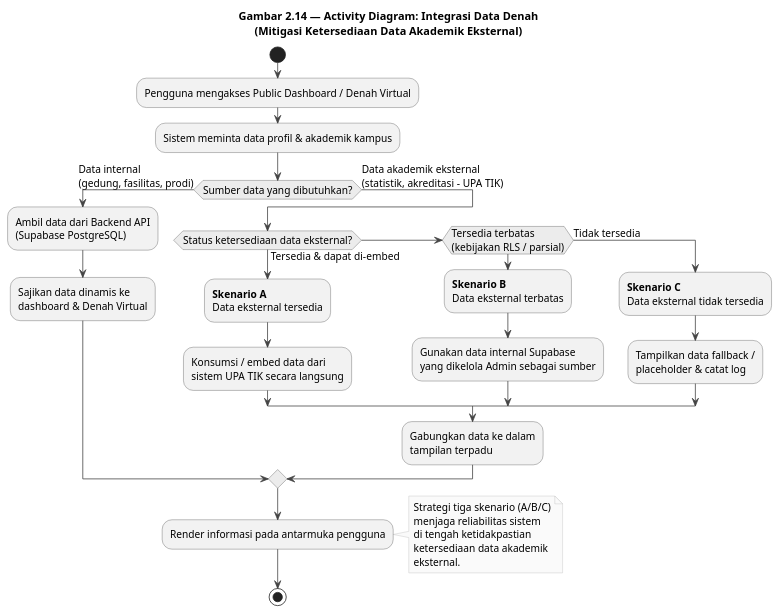
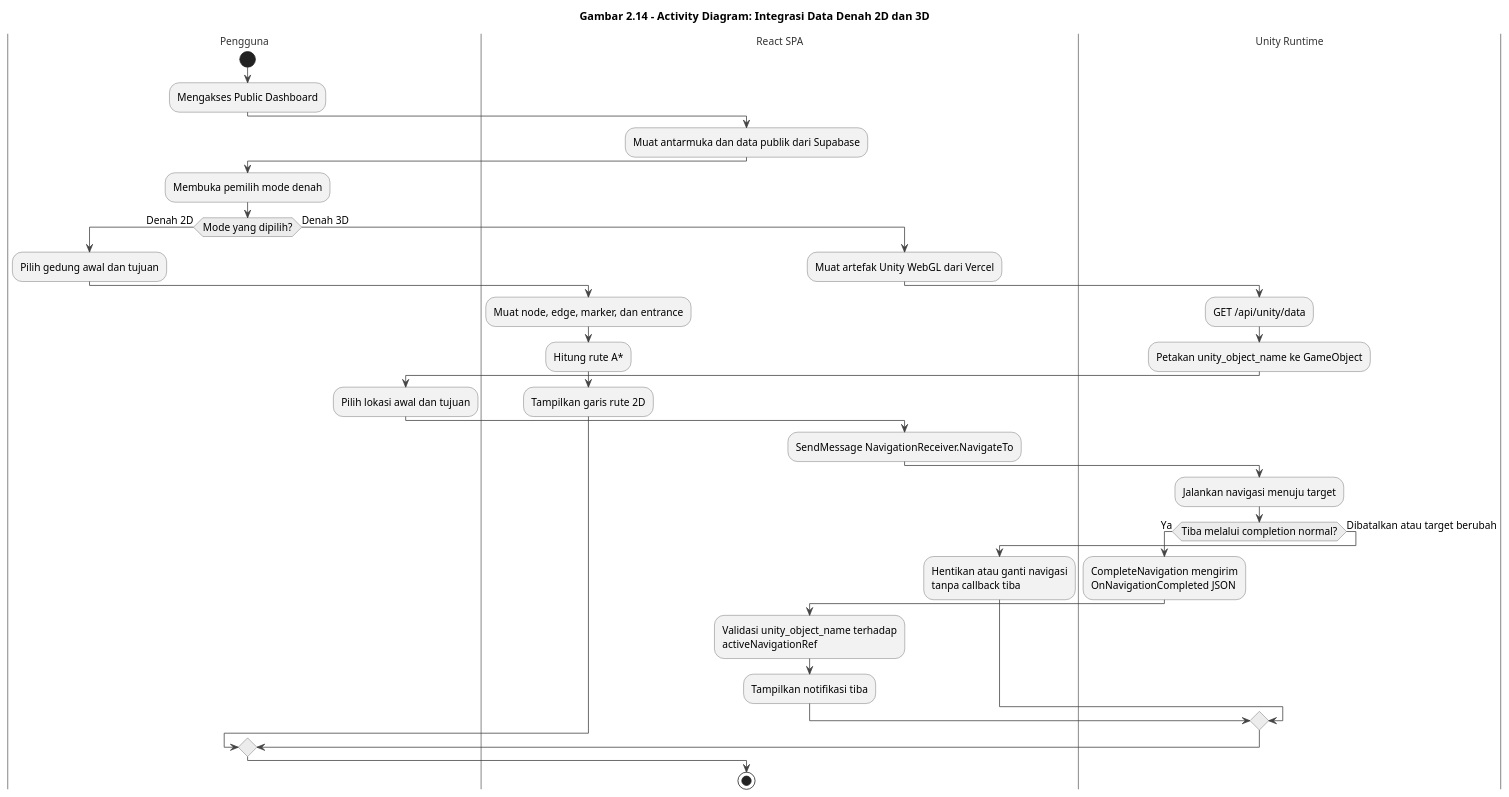
Before and after one commit to Jokskuyy/workflow-ta-proyek: the diagram in diagrams/gambar-2.14-activity-integrasi-data-denah.puml, drawn with PlantUML. The commit also changed 99 other files, not shown here.

```diff
--- a/diagrams/gambar-2.14-activity-integrasi-data-denah.puml
+++ b/diagrams/gambar-2.14-activity-integrasi-data-denah.puml
@@ -1,55 +1,59 @@
 @startuml gambar-2-14-activity-integrasi-data-denah
 ' Gambar 2.14 - Activity Diagram: Integrasi Data Denah
-' Logika mitigasi ketersediaan data akademik eksternal (Skenario A, B, C)
-' Sumber: BAB II - 2.1.3 & 2.3.3 Activity Diagram
-' CATATAN: Label cabang Skenario A/B/C disesuaikan dengan narasi laporan.
+' Alur aktual pemilihan Denah 2D/3D dan integrasi React-Unity
+' Sumber: BAB II - 2.2 & 2.3.3 Activity Diagram
 
 skinparam backgroundColor #FFFFFF
 skinparam shadowing false
 skinparam defaultFontName "Segoe UI"
 skinparam defaultFontSize 13
 skinparam ArrowColor #444444
 skinparam ActivityBorderColor #555555
 skinparam ActivityBackgroundColor #F2F2F2
 skinparam ActivityDiamondBackgroundColor #ECECEC
 skinparam ActivityDiamondBorderColor #555555
-skinparam NoteBackgroundColor #FAFAFA
-skinparam NoteBorderColor #BBBBBB
+skinparam SwimlaneTitleFontColor #333333
+skinparam SwimlaneBorderColor #999999
 
-title Gambar 2.14 — Activity Diagram: Integrasi Data Denah\n(Mitigasi Ketersediaan Data Akademik Eksternal)
+title Gambar 2.14 - Activity Diagram: Integrasi Data Denah 2D dan 3D
 
+|Pengguna|
 start
-:Pengguna mengakses Public Dashboard / Denah Virtual;
-:Sistem meminta data profil & akademik kampus;
+:Mengakses Public Dashboard;
 
-if (Sumber data yang dibutuhkan?) then (Data internal\n(gedung, fasilitas, prodi))
-  :Ambil data dari Backend API\n(Supabase PostgreSQL);
-  :Sajikan data dinamis ke\ndashboard & Denah Virtual;
-else (Data akademik eksternal\n(statistik, akreditasi - UPA TIK))
+|React SPA|
+:Muat antarmuka dan data publik dari Supabase;
 
-  if (Status ketersediaan data eksternal?) then (Tersedia & dapat di-embed)
-    :**Skenario A**\nData eksternal tersedia;
-    :Konsumsi / embed data dari\nsistem UPA TIK secara langsung;
-  elseif (Tersedia terbatas\n(kebijakan RLS / parsial)) then
-    :**Skenario B**\nData eksternal terbatas;
-    :Gunakan data internal Supabase\nyang dikelola Admin sebagai sumber;
-  else (Tidak tersedia)
-    :**Skenario C**\nData eksternal tidak tersedia;
-    :Tampilkan data fallback /\nplaceholder & catat log;
+|Pengguna|
+:Membuka pemilih mode denah;
+if (Mode yang dipilih?) then (Denah 2D)
+  :Pilih gedung awal dan tujuan;
+  |React SPA|
+  :Muat node, edge, marker, dan entrance;
+  :Hitung rute A*;
+  :Tampilkan garis rute 2D;
+else (Denah 3D)
+  |React SPA|
+  :Muat artefak Unity WebGL dari Vercel;
+  |Unity Runtime|
+  :GET /api/unity/data;
+  :Petakan unity_object_name ke GameObject;
+  |Pengguna|
+  :Pilih lokasi awal dan tujuan;
+  |React SPA|
+  :SendMessage NavigationReceiver.NavigateTo;
+  |Unity Runtime|
+  :Jalankan navigasi menuju target;
+  if (Tiba melalui completion normal?) then (Ya)
+    :CompleteNavigation mengirim\nOnNavigationCompleted JSON;
+    |React SPA|
+    :Validasi unity_object_name terhadap\nactiveNavigationRef;
+    :Tampilkan notifikasi tiba;
+  else (Dibatalkan atau target berubah)
+    :Hentikan atau ganti navigasi\ntanpa callback tiba;
   endif
-
-  :Gabungkan data ke dalam\ntampilan terpadu;
 endif
-
-:Render informasi pada antarmuka pengguna;
-note right
-  Strategi tiga skenario (A/B/C)
-  menjaga reliabilitas sistem
-  di tengah ketidakpastian
-  ketersediaan data akademik
-  eksternal.
-end note
 
 stop
 
 @enduml
```
